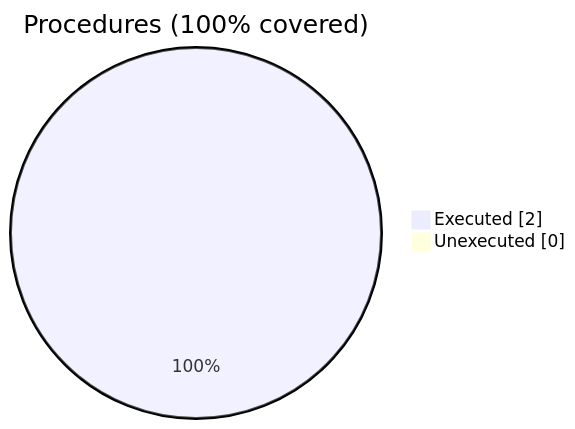
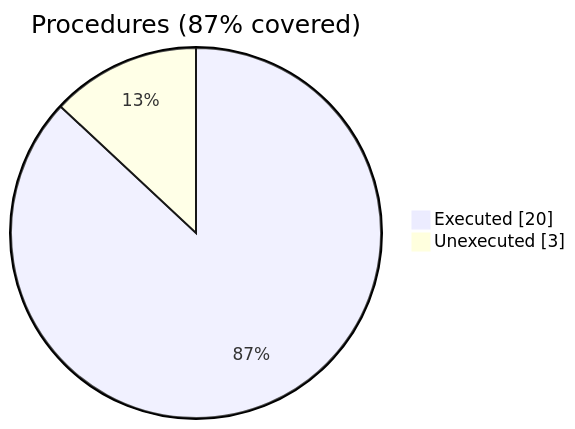
The second of 6 diagrams in docs/guide/coverage-analysis.md (szaghi/FiNeR), drawn with Mermaid before and after one commit. The commit also changed other lines of this file and 10 other files, not shown here.

````diff
--- a/docs/guide/coverage-analysis.md
+++ b/docs/guide/coverage-analysis.md
@@ -26,6 +26,6 @@
 ```mermaid
 pie showData
-    title Procedures (100% covered)
-    "Executed" : 2
-    "Unexecuted" : 0
+    title Procedures (87% covered)
+    "Executed" : 20
+    "Unexecuted" : 3
 ```
````
